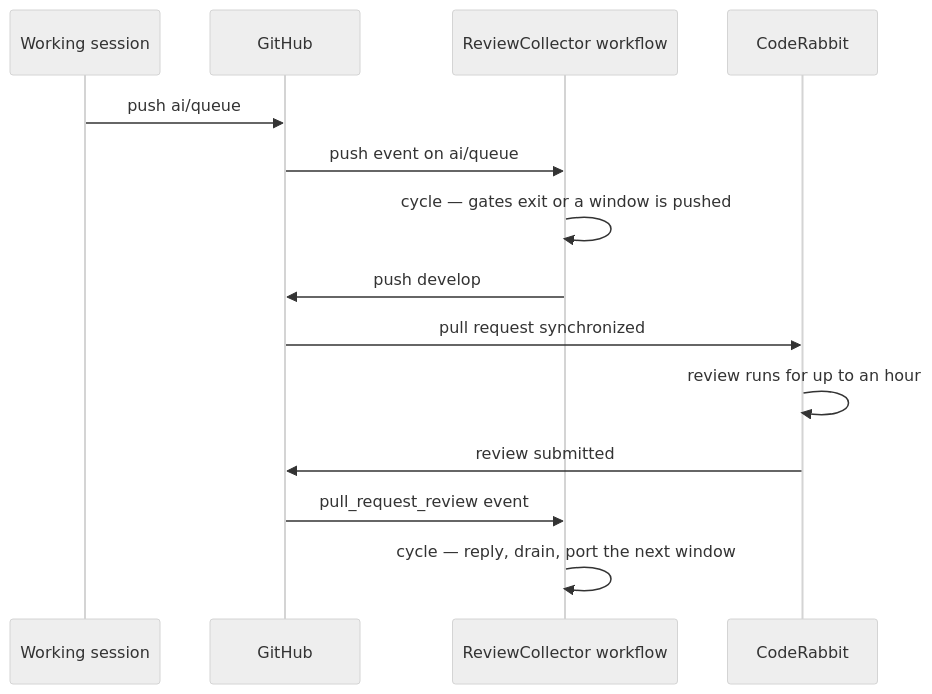
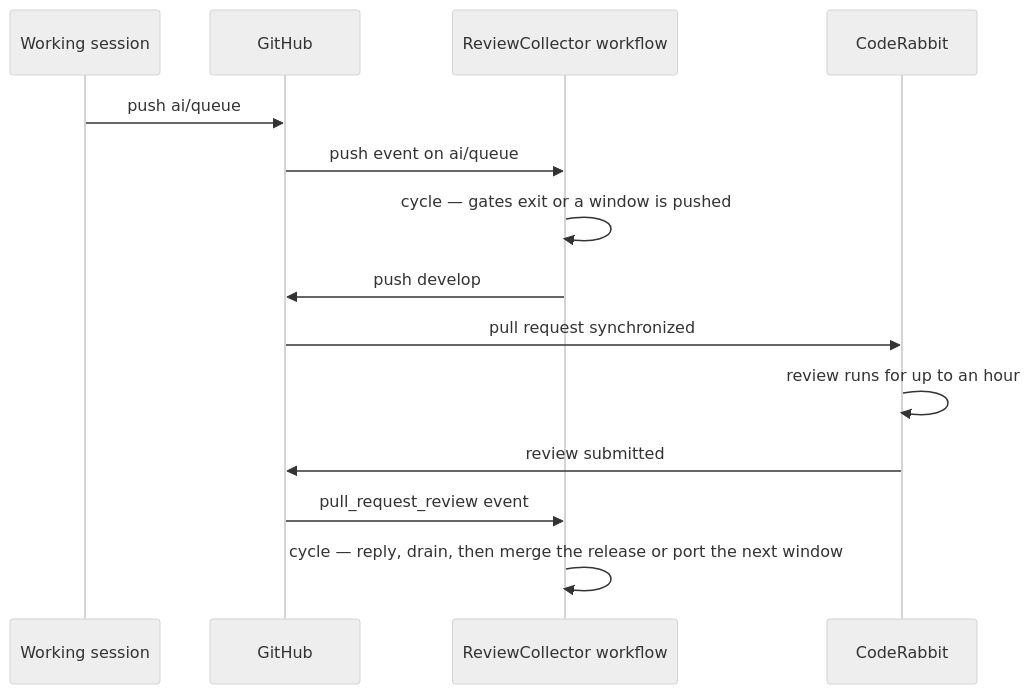
Before and after one commit to Esposter/Esposter: the first of 3 diagrams in apps/web/content/docs/infra/review-collector/runner.md, drawn with Mermaid (neutral theme). The commit also changed other lines of this file and 14 other files, not shown here.

````diff
--- a/apps/web/content/docs/infra/review-collector/runner.md
+++ b/apps/web/content/docs/infra/review-collector/runner.md
@@ -12,16 +12,16 @@
 ```mermaid
 sequenceDiagram
   participant S as Working session
   participant GH as GitHub
   participant W as ReviewCollector workflow
   participant CR as CodeRabbit
   S->>GH: push ai/queue
   GH->>W: push event on ai/queue
   W->>W: cycle — gates exit or a window is pushed
   W->>GH: push develop
   GH->>CR: pull request synchronized
   CR->>CR: review runs for up to an hour
   CR->>GH: review submitted
   GH->>W: pull_request_review event
-  W->>W: cycle — reply, drain, port the next window
+  W->>W: cycle — reply, drain, then merge the release or port the next window
 ```
````
